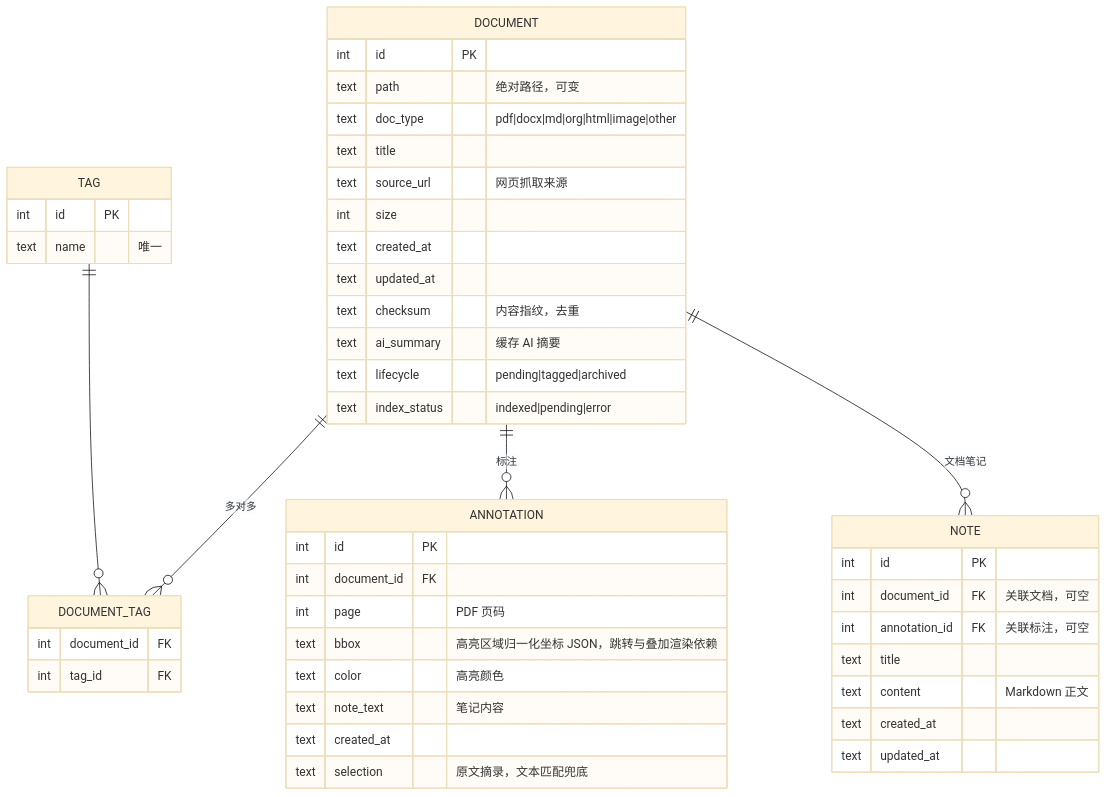
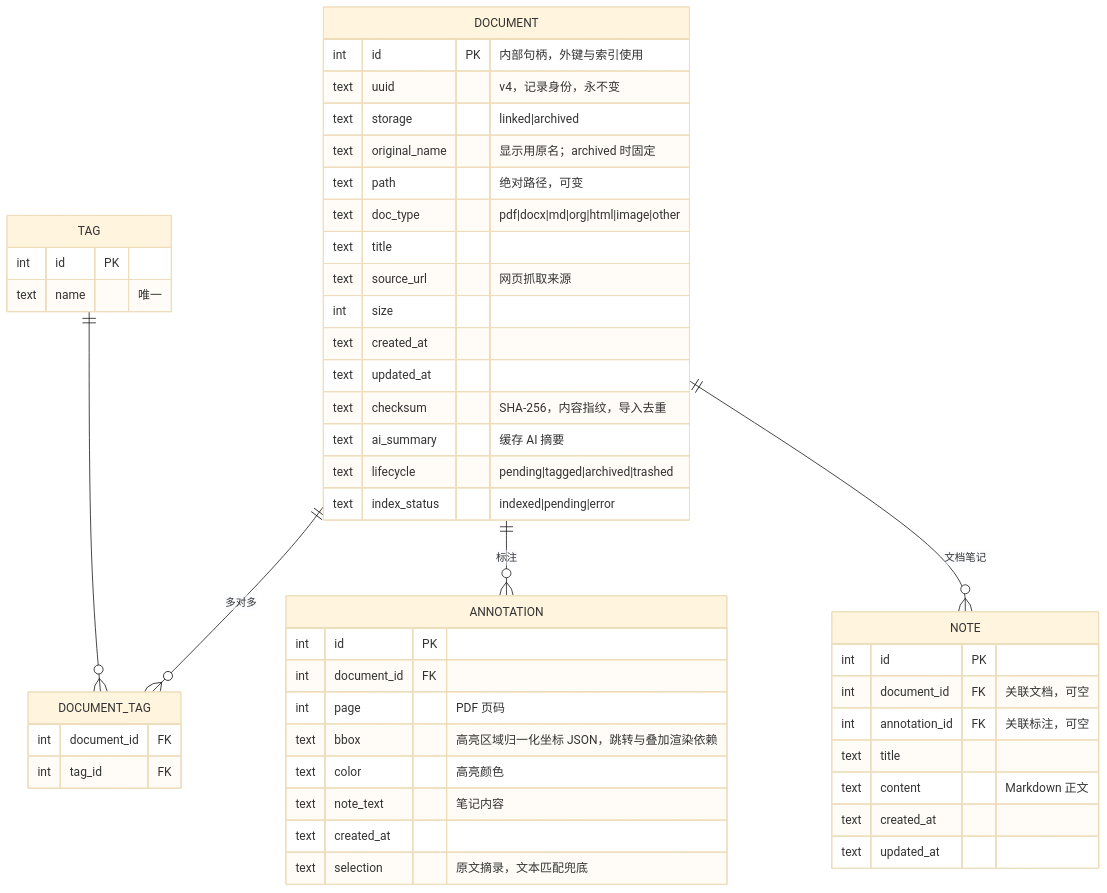
Before and after one commit to yangyingchao/knowcraft: the second of 10 diagrams in docs/superpowers/specs/2026-11-02-knowcraft-design.md, drawn with Mermaid (base theme). The commit also changed other lines of this file and 5 other files, not shown here.

````diff
--- a/docs/superpowers/specs/2026-11-02-knowcraft-design.md
+++ b/docs/superpowers/specs/2026-11-02-knowcraft-design.md
@@ -97,48 +99,51 @@
 ```mermaid
 erDiagram
     DOCUMENT {
-        int id PK
+        int id PK "内部句柄，外键与索引使用"
+        text uuid "v4，记录身份，永不变"
+        text storage "linked|archived"
+        text original_name "显示用原名；archived 时固定"
         text path "绝对路径，可变"
         text doc_type "pdf|docx|md|org|html|image|other"
         text title
         text source_url "网页抓取来源"
         int size
         text created_at
         text updated_at
-        text checksum "内容指纹，去重"
+        text checksum "SHA-256，内容指纹，导入去重"
         text ai_summary "缓存 AI 摘要"
-        text lifecycle "pending|tagged|archived"
+        text lifecycle "pending|tagged|archived|trashed"
         text index_status "indexed|pending|error"
     }
     TAG {
         int id PK
         text name "唯一"
     }
     DOCUMENT_TAG {
         int document_id FK
         int tag_id FK
     }
     ANNOTATION {
         int id PK
         int document_id FK
         int page "PDF 页码"
         text bbox "高亮区域归一化坐标 JSON，跳转与叠加渲染依赖"
         text color "高亮颜色"
         text note_text "笔记内容"
         text created_at
         text selection "原文摘录，文本匹配兜底"
     }
     NOTE {
         int id PK
         int document_id FK "关联文档，可空"
         int annotation_id FK "关联标注，可空"
         text title
         text content "Markdown 正文"
         text created_at
         text updated_at
     }
     DOCUMENT ||--o{ DOCUMENT_TAG : "多对多"
     TAG ||--o{ DOCUMENT_TAG : ""
     DOCUMENT ||--o{ ANNOTATION : "标注"
     DOCUMENT ||--o{ NOTE : "文档笔记"
 ```
````
